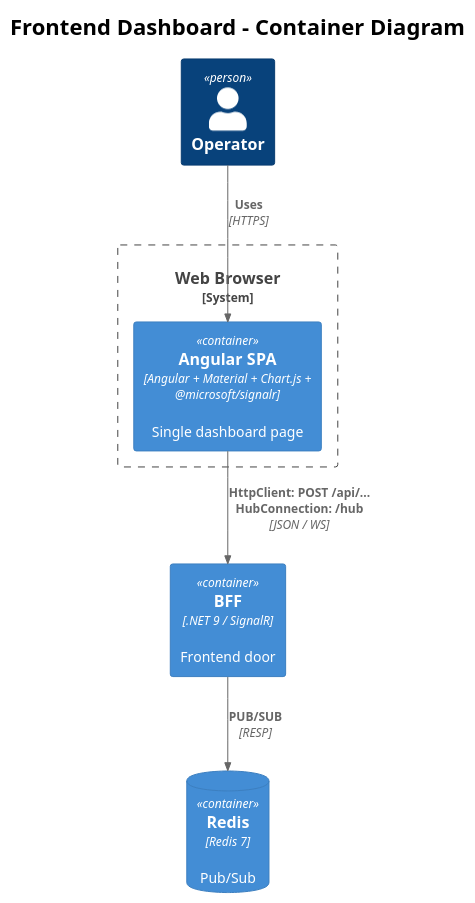
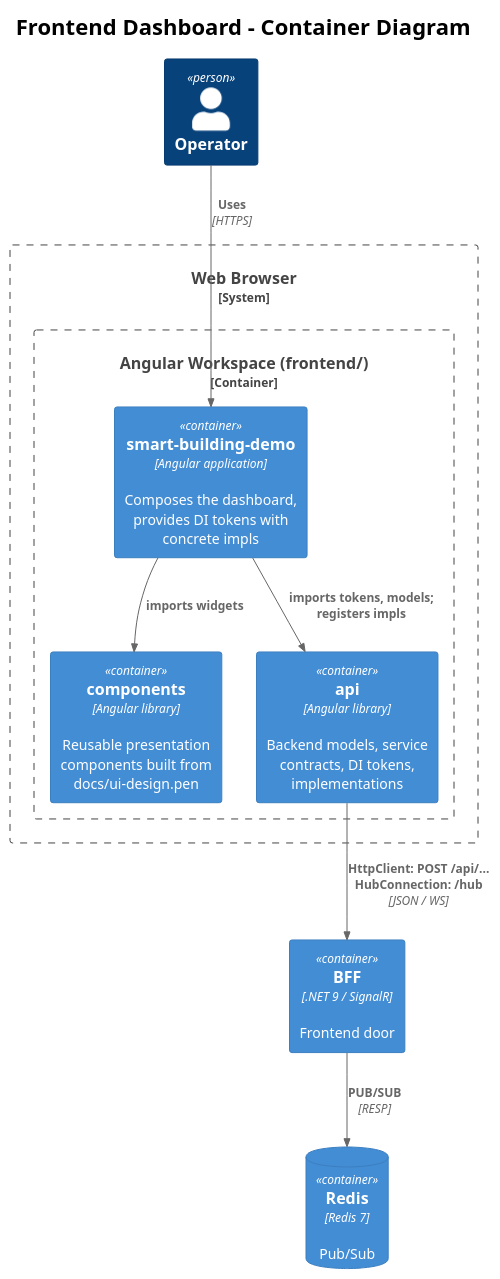
One commit to QuinntyneBrown/redis-pubsub-dotnet-reference changed the diagram in docs/detailed-designs/05-frontend-dashboard/diagrams/c4_container.puml. Above: the diagram before and after it, drawn with PlantUML. The commit also changed 26 other files, not shown here.

Commit message:
Add BffService and dashboard updates

```diff
--- a/docs/detailed-designs/05-frontend-dashboard/diagrams/c4_container.puml
+++ b/docs/detailed-designs/05-frontend-dashboard/diagrams/c4_container.puml
@@ -1,20 +1,26 @@
 @startuml c4_container
 !theme plain
 !include <C4/C4_Container>
 
 title Frontend Dashboard - Container Diagram
 
 Person(user, "Operator")
 
 System_Boundary(browser, "Web Browser") {
-    Container(spa, "Angular SPA", "Angular + Material + Chart.js + @microsoft/signalr", "Single dashboard page")
+    Container_Boundary(workspace, "Angular Workspace (frontend/)") {
+        Container(app, "smart-building-demo", "Angular application", "Composes the dashboard, provides DI tokens with concrete impls")
+        Container(comps_lib, "components", "Angular library", "Reusable presentation components built from docs/ui-design.pen")
+        Container(api_lib, "api", "Angular library", "Backend models, service contracts, DI tokens, implementations")
+    }
 }
 
 Container(bff, "BFF", ".NET 9 / SignalR", "Frontend door")
 ContainerDb(redis, "Redis", "Redis 7", "Pub/Sub")
 
-Rel(user, spa, "Uses", "HTTPS")
-Rel(spa, bff, "HttpClient: POST /api/...\nHubConnection: /hub", "JSON / WS")
+Rel(user, app, "Uses", "HTTPS")
+Rel(app, comps_lib, "imports widgets")
+Rel(app, api_lib, "imports tokens, models;\nregisters impls")
+Rel(api_lib, bff, "HttpClient: POST /api/...\nHubConnection: /hub", "JSON / WS")
 Rel(bff, redis, "PUB/SUB", "RESP")
 
 @enduml
```
